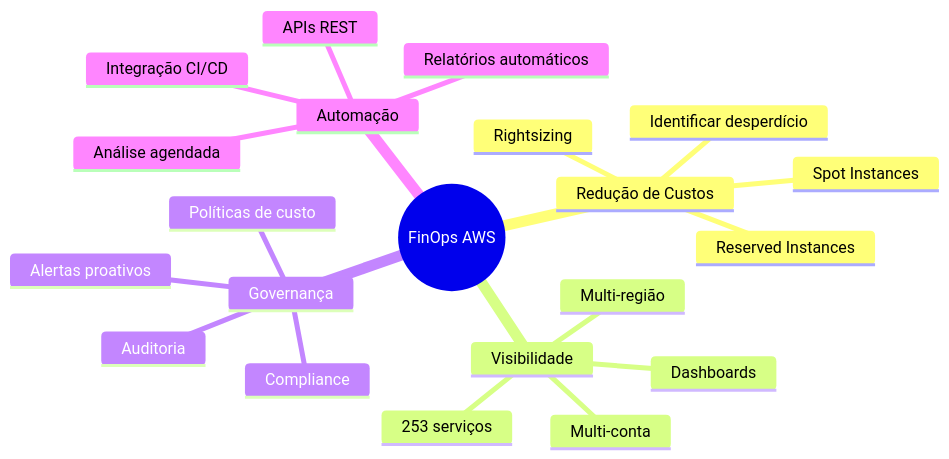
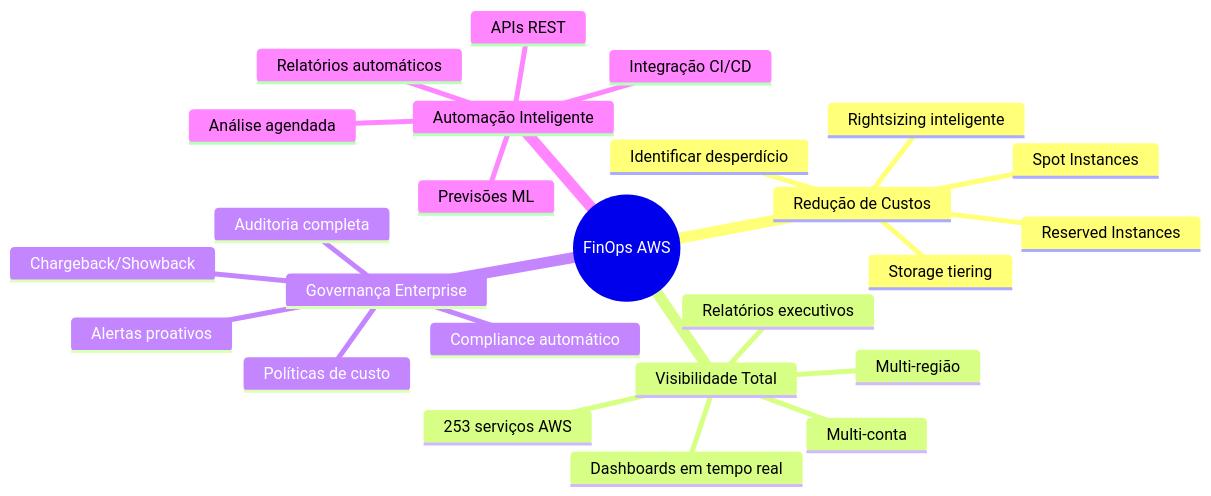
The first of 13 diagrams in docs/FUNCTIONAL_GUIDE.md (FELIPEACASTRO/finops-aws-bdr), drawn with Mermaid before and after one commit. The commit also changed other lines of this file and 6 other files, not shown here.

````diff
--- a/docs/FUNCTIONAL_GUIDE.md
+++ b/docs/FUNCTIONAL_GUIDE.md
@@ -31,24 +48,28 @@
 ```mermaid
 mindmap
   root((FinOps AWS))
     Redução de Custos
       Identificar desperdício
-      Rightsizing
+      Rightsizing inteligente
       Reserved Instances
       Spot Instances
-    Visibilidade
-      253 serviços
+      Storage tiering
+    Visibilidade Total
+      253 serviços AWS
       Multi-conta
       Multi-região
-      Dashboards
-    Governança
+      Dashboards em tempo real
+      Relatórios executivos
+    Governança Enterprise
       Políticas de custo
       Alertas proativos
-      Compliance
-      Auditoria
-    Automação
+      Compliance automático
+      Auditoria completa
+      Chargeback/Showback
+    Automação Inteligente
       Análise agendada
       Relatórios automáticos
       Integração CI/CD
       APIs REST
+      Previsões ML
 ```
````
